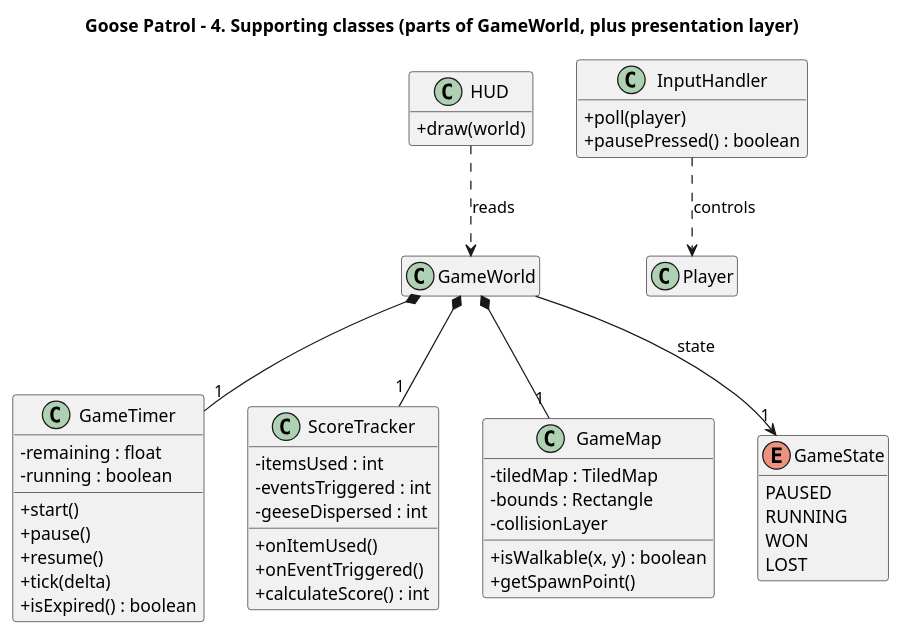
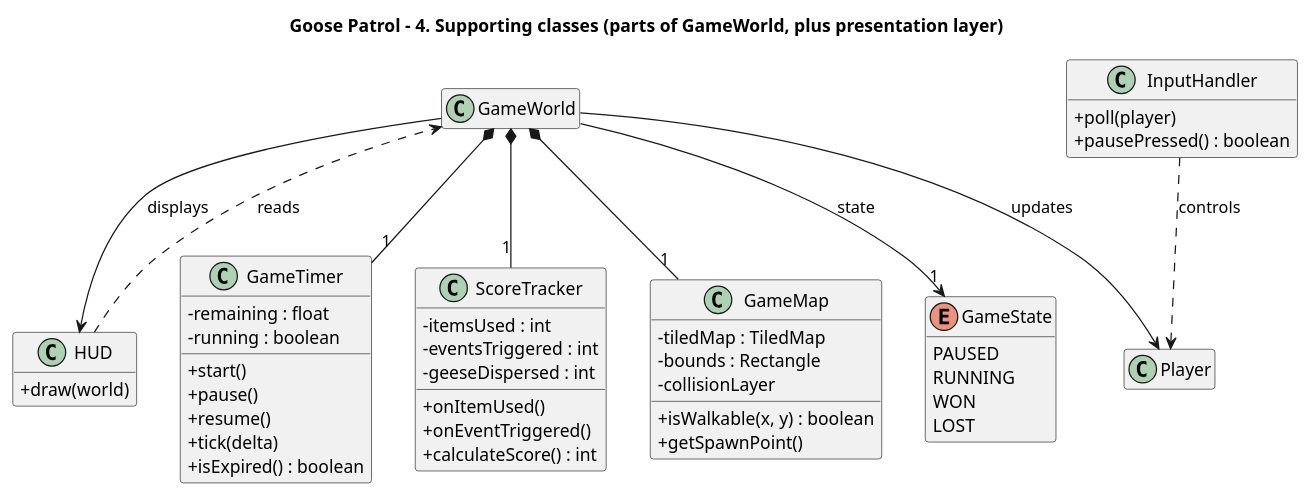
One commit to mnd514-cloud/GameChangersGooseGame changed the diagram in 01-overview.puml. Above: the diagram before and after it, drawn with PlantUML.

Commit message:
Update 01-overview.puml
Added gameworld updates player.
Added relationship between HUD and gameworld.

```diff
--- a/01-overview.puml
+++ b/01-overview.puml
@@ -1,66 +1,72 @@
 @startuml 04-supporting
 title Goose Patrol - 4. Supporting classes (parts of GameWorld, plus presentation layer)
 
 ' ---- display settings: leave as they are ----
 skinparam classAttributeIconSize 0
 skinparam shadowing false
 hide empty members
 
 ' ---- classes ----
 class GameTimer {
   - remaining : float
   - running : boolean
   + start()
   + pause()
   + resume()
   + tick(delta)
   + isExpired() : boolean
 }
 
 class ScoreTracker {
   - itemsUsed : int
   - eventsTriggered : int
   - geeseDispersed : int
   + onItemUsed()
   + onEventTriggered()
   + calculateScore() : int
 }
 
 class GameMap {
   - tiledMap : TiledMap
   - bounds : Rectangle
   - collisionLayer
   + isWalkable(x, y) : boolean
   + getSpawnPoint()
 }
 
 class HUD {
   + draw(world)
 }
 
 class InputHandler {
   + poll(player)
   + pausePressed() : boolean
 }
 
 enum GameState {
   PAUSED
   RUNNING
   WON
   LOST
 }
 
 ' name-only boxes: shown here only so the arrows have something to point at
 class GameWorld
 class Player
 
+
 ' ---- relationships ----
 GameWorld *-- "1" GameTimer
 GameWorld *-- "1" ScoreTracker
 GameWorld *-- "1" GameMap
 GameWorld --> "1" GameState : state
 
 HUD ..> GameWorld : reads
 InputHandler ..> Player : controls
 
+' ---- additional relationships ----
+GameWorld --> Player : updates
+GameWorld --> HUD : displays
+
+
 @enduml
```
